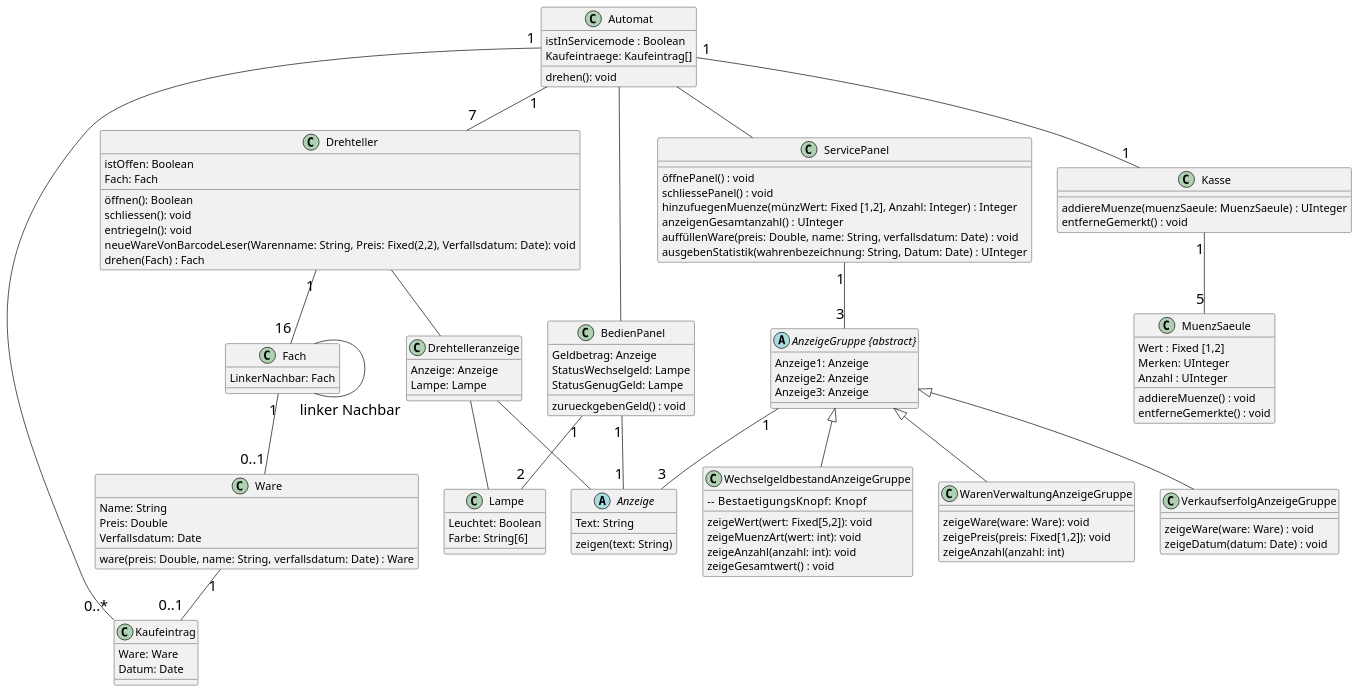
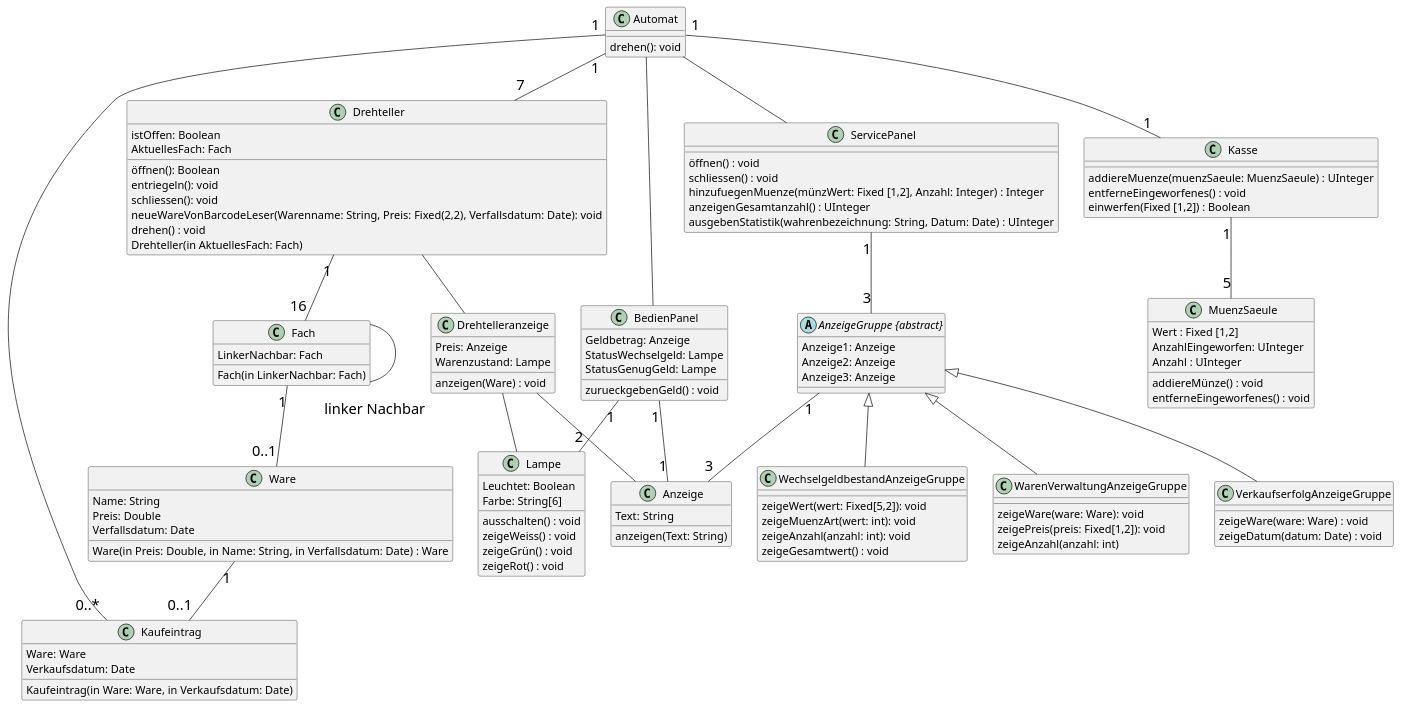
One commit to egoat/MAS-SE22_Warenautomat2022_Analyse changed the second of 4 diagrams in Warenautomat.md. Above: the diagram before and after it, drawn with PlantUML. The commit also changed other lines of this file, not shown here.

Commit message:
Konstruktoren, Klassendiagramm <-> Sequenzdiagramm anpassen

```diff
--- a/Warenautomat.md
+++ b/Warenautomat.md
@@ -87,53 +87,56 @@
 
 class Automat {
     drehen(): void
-    istInServicemode : Boolean
-    Kaufeintraege: Kaufeintrag[]
 }
 
 class Drehteller {
     istOffen: Boolean
     öffnen(): Boolean
+    entriegeln(): void
     schliessen(): void
-    entriegeln(): void
-    Fach: Fach
+    AktuellesFach: Fach
     neueWareVonBarcodeLeser(Warenname: String, Preis: Fixed(2,2), Verfallsdatum: Date): void
-    drehen(Fach) : Fach
+    drehen() : void
+    Drehteller(in AktuellesFach: Fach)
 }
 
 
 class Fach {
     LinkerNachbar: Fach
+    Fach(in LinkerNachbar: Fach)
 }
 
 class Ware {
     Name: String
     Preis: Double
     Verfallsdatum: Date
-    ware(preis: Double, name: String, verfallsdatum: Date) : Ware
+    Ware(in Preis: Double, in Name: String, in Verfallsdatum: Date) : Ware
 }
 
 class Kaufeintrag {
     Ware: Ware
-    Datum: Date
+    Verkaufsdatum: Date
+    Kaufeintrag(in Ware: Ware, in Verkaufsdatum: Date)
 }
 
 class Kasse {
     addiereMuenze(muenzSaeule: MuenzSaeule) : UInteger
-    entferneGemerkt() : void
+    entferneEingeworfenes() : void
+    einwerfen(Fixed [1,2]) : Boolean
 }
 
 class MuenzSaeule {
     Wert : Fixed [1,2]
-    Merken: UInteger
+    AnzahlEingeworfen: UInteger
     Anzahl : UInteger
-    addiereMuenze() : void
-    entferneGemerkte() : void
+    addiereMünze() : void
+    entferneEingeworfenes() : void
 }
 
 class Drehtelleranzeige {
-    Anzeige: Anzeige
-    Lampe: Lampe
+    Preis: Anzeige
+    Warenzustand: Lampe
+    anzeigen(Ware) : void
 }
 
 class BedienPanel{
@@ -144,11 +147,10 @@
 }
 
 class ServicePanel{
-    öffnePanel() : void
-    schliessePanel() : void
+    öffnen() : void
+    schliessen() : void
     hinzufuegenMuenze(münzWert: Fixed [1,2], Anzahl: Integer) : Integer
     anzeigenGesamtanzahl() : UInteger
-    auffüllenWare(preis: Double, name: String, verfallsdatum: Date) : void
     ausgebenStatistik(wahrenbezeichnung: String, Datum: Date) : UInteger
 }
 
@@ -158,19 +160,23 @@
     Anzeige3: Anzeige
 }
 
-abstract Anzeige{
+class Anzeige{
     Text: String
-    zeigen(text: String)
+    anzeigen(Text: String)
 }
 
 class Lampe {
     Leuchtet: Boolean
     Farbe: String[6]
+    ausschalten() : void
+    zeigeWeiss() : void
+    zeigeGrün() : void
+    zeigeRot() : void
+
 }
 
 
 class WechselgeldbestandAnzeigeGruppe{
---    BestaetigungsKnopf: Knopf
     zeigeWert(wert: Fixed[5,2]): void
     zeigeMuenzArt(wert: int): void
     zeigeAnzahl(anzahl: int): void
```
